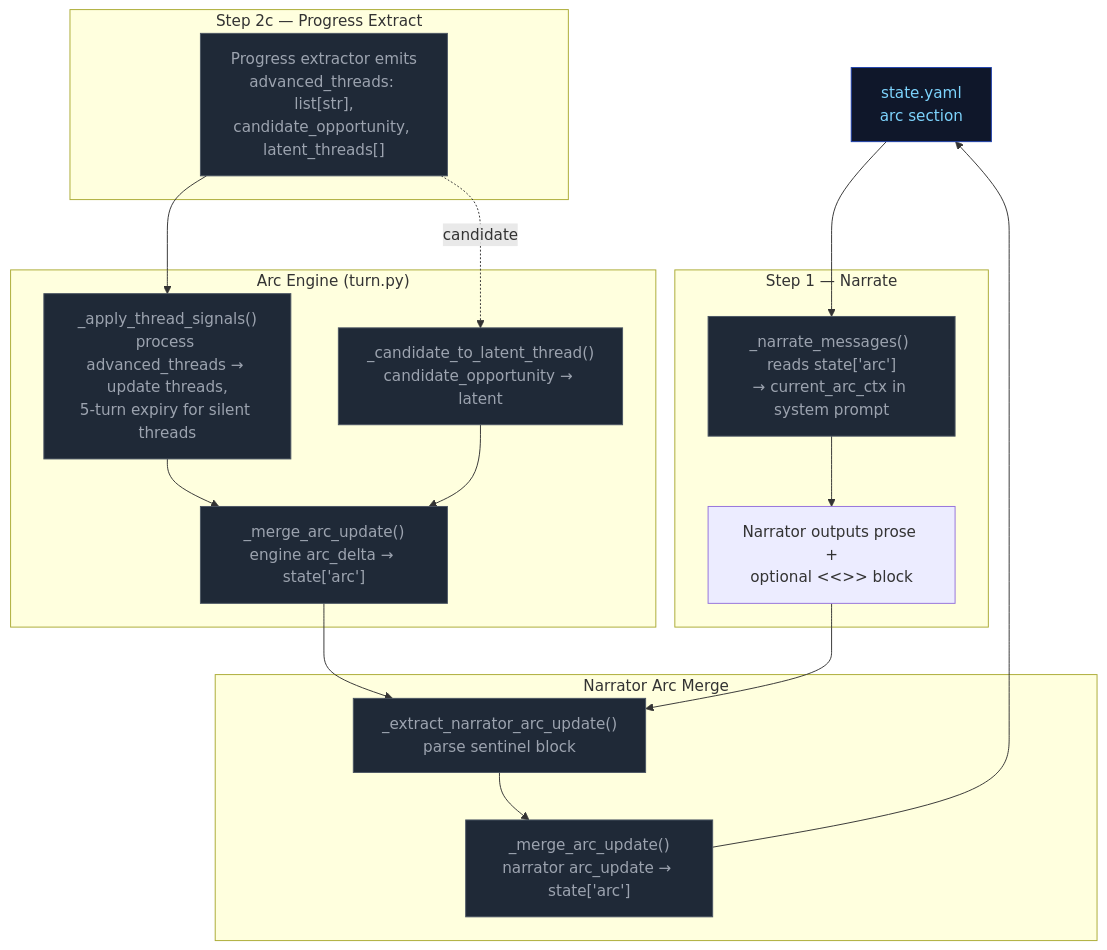
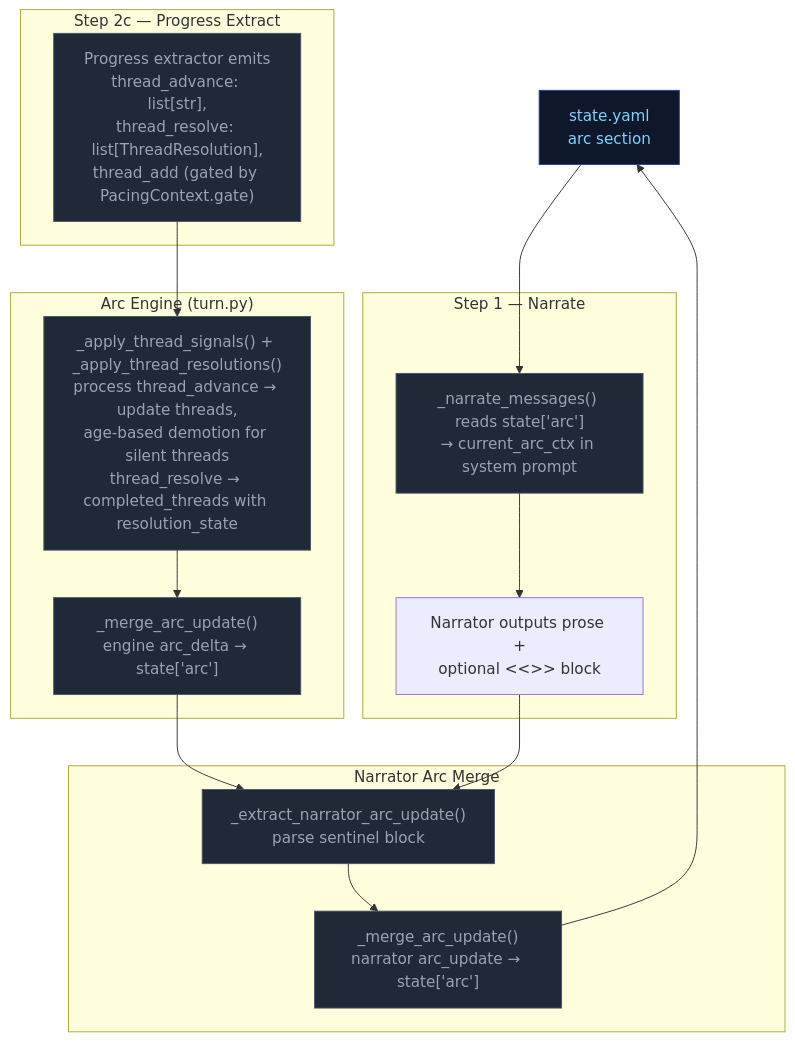
Diagram 15 of 17 in docs/ARCHITECTURE.md (pww217/fablethread), drawn with Mermaid before and after one commit. The commit also changed other lines of this file and 13 other files, not shown here.

````diff
--- a/docs/ARCHITECTURE.md
+++ b/docs/ARCHITECTURE.md
@@ -712,39 +658,37 @@
 ```mermaid
 flowchart TD
     classDef stageRules fill:#4c1d95,color:#ddd6fe,stroke:#7c3aed
     classDef stageNarrate fill:#1e3a5f,color:#bfdbfe,stroke:#3b82f6
     classDef stageProgress fill:#500724,color:#fbcfe8,stroke:#ec4899
     classDef pyNode fill:#1f2937,color:#9ca3af,stroke:#4b5563
     classDef arcNode fill:#3b0764,color:#e9d5ff,stroke:#7c3aed
     classDef storageNode fill:#0f172a,color:#7dd3fc,stroke:#1e40af
 
     STATE["state.yaml<br>arc section"]:::storageNode
 
     subgraph NARRATE["Step 1 — Narrate"]
         N1["_narrate_messages() reads state['arc']<br>→ current_arc_ctx in system prompt"]:::pyNode
         N2["Narrator outputs prose +<br>optional <<<ARC_UPDATE_START>>> block"]:::llmNode
     end
 
     subgraph EXTRACT["Step 2c — Progress Extract"]
-        E1["Progress extractor emits<br>advanced_threads: list[str],<br>candidate_opportunity, latent_threads[]"]:::pyNode
+        E1["Progress extractor emits<br>thread_advance: list[str],<br>thread_resolve: list[ThreadResolution],<br>thread_add (gated by PacingContext.gate)"]:::pyNode
     end
 
     subgraph ARC_ENGINE["Arc Engine (turn.py)"]
-        A1["_apply_thread_signals()<br>process advanced_threads → update threads,<br>5-turn expiry for silent threads"]:::pyNode
-        A2["_candidate_to_latent_thread()<br>candidate_opportunity → latent"]:::pyNode
-        A3["_merge_arc_update()<br>engine arc_delta → state['arc']"]:::pyNode
+        A1["_apply_thread_signals() + _apply_thread_resolutions()<br>process thread_advance → update threads,<br>age-based demotion for silent threads<br>thread_resolve → completed_threads with resolution_state"]:::pyNode
+        A2["_merge_arc_update()<br>engine arc_delta → state['arc']"]:::pyNode
     end
 
     subgraph NARRATOR_MERGE["Narrator Arc Merge"]
         N3["_extract_narrator_arc_update()<br>parse sentinel block"]:::pyNode
         N4["_merge_arc_update()<br>narrator arc_update → state['arc']"]:::pyNode
     end
 
     STATE --> N1
     N1 --> N2
     N2 --> N3
-    E1 --> A1 --> A3
-    E1 -. candidate .-> A2 --> A3
+    E1 --> A1 --> A2
 
-    A3 --> N3 --> N4 --> STATE
+    A2 --> N3 --> N4 --> STATE
 ```
````
